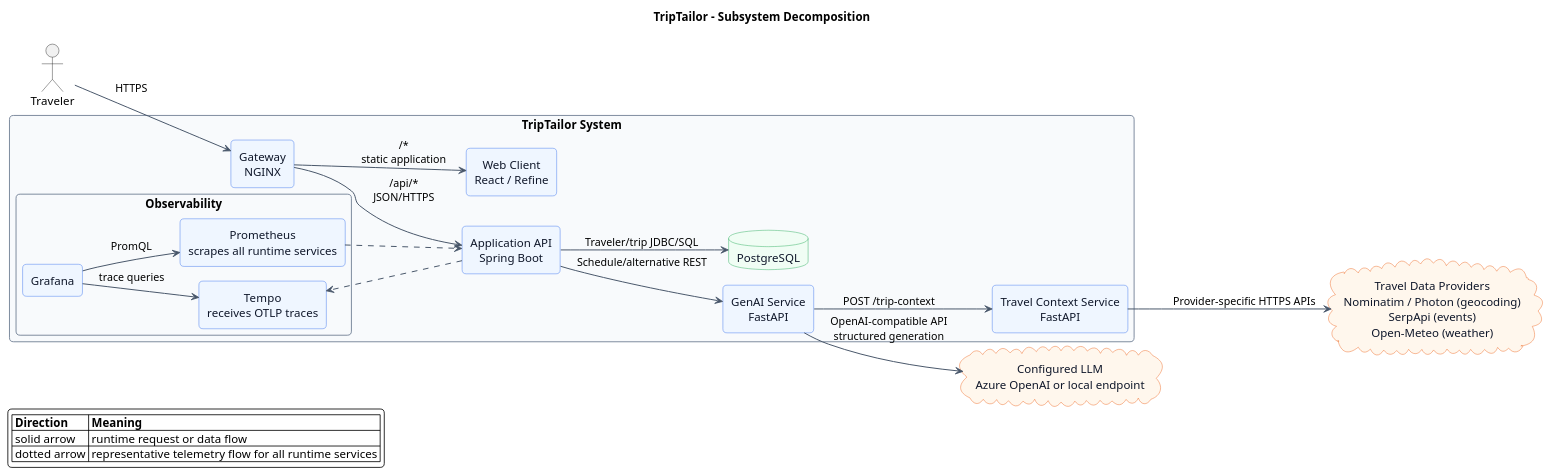
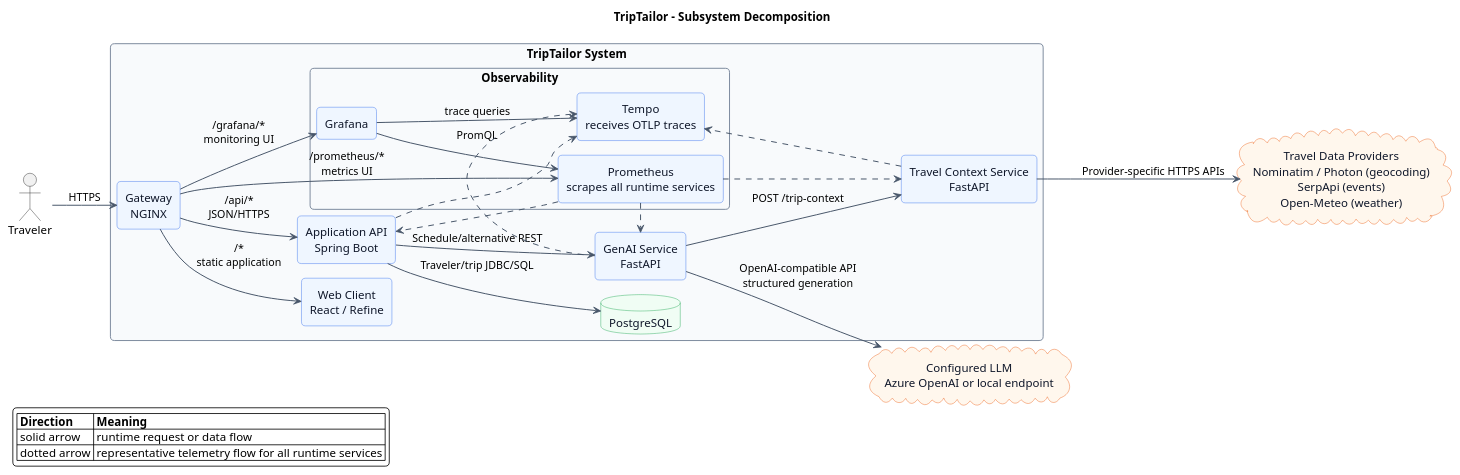
Before and after one commit to AET-DevOps26/team-continuous-vacation: the diagram in diagrams/subsystem-decomposition.puml, drawn with PlantUML. The commit also changed 11 other files, not shown here.

First line of the commit message:
docs: final validation of README, runbook, and architecture models (#61)

```diff
--- a/diagrams/subsystem-decomposition.puml
+++ b/diagrams/subsystem-decomposition.puml
@@ -1,73 +1,79 @@
 @startuml subsystem-decomposition
 !pragma layout smetana
 title TripTailor - Subsystem Decomposition
 
 left to right direction
 skinparam backgroundColor #FFFFFF
 skinparam shadowing false
 skinparam roundCorner 10
 skinparam componentStyle rectangle
 skinparam defaultFontName Arial
 skinparam defaultTextAlignment center
 skinparam ArrowColor #475569
 skinparam ArrowThickness 1.2
 skinparam packageBorderColor #64748B
 skinparam packageBackgroundColor #F8FAFC
 skinparam component {
   BackgroundColor #EFF6FF
   BorderColor #2563EB
   FontColor #0F172A
 }
 skinparam database {
   BackgroundColor #F0FDF4
   BorderColor #16A34A
   FontColor #0F172A
 }
 skinparam cloud {
   BackgroundColor #FFF7ED
   BorderColor #EA580C
   FontColor #0F172A
 }
 
 actor Traveler
 
 rectangle "TripTailor System" {
   component "Gateway\nNGINX" as Gateway
   component "Web Client\nReact / Refine" as Frontend
   component "Application API\nSpring Boot" as Backend
   component "GenAI Service\nFastAPI" as GenAI
   component "Travel Context Service\nFastAPI" as Context
   database "PostgreSQL" as Database
 
   rectangle "Observability" {
     component "Prometheus\nscrapes all runtime services" as Prometheus
     component "Grafana" as Grafana
     component "Tempo\nreceives OTLP traces" as Tempo
   }
 }
 
 cloud "Configured LLM\nAzure OpenAI or local endpoint" as LLM
 cloud "Travel Data Providers\nNominatim / Photon (geocoding)\nSerpApi (events)\nOpen-Meteo (weather)" as Providers
 
 Traveler --> Gateway : HTTPS
 Gateway --> Frontend : /*\nstatic application
 Gateway --> Backend : /api/*\nJSON/HTTPS
+Gateway --> Grafana : /grafana/*\nmonitoring UI
+Gateway --> Prometheus : /prometheus/*\nmetrics UI
 
 Backend --> GenAI : Schedule/alternative REST
 Backend --> Database : Traveler/trip JDBC/SQL
 GenAI --> LLM : OpenAI-compatible API\nstructured generation
 GenAI --> Context : POST /trip-context
 Context --> Providers : Provider-specific HTTPS APIs
 
 Prometheus ..> Backend
+Prometheus ..> GenAI
+Prometheus ..> Context
 Grafana --> Prometheus : PromQL
 Backend ..> Tempo
+GenAI ..> Tempo
+Context ..> Tempo
 Grafana --> Tempo : trace queries
 
 legend left
   |= Direction |= Meaning |
   | solid arrow | runtime request or data flow |
   | dotted arrow | representative telemetry flow for all runtime services |
 endlegend
 
 @enduml
```
